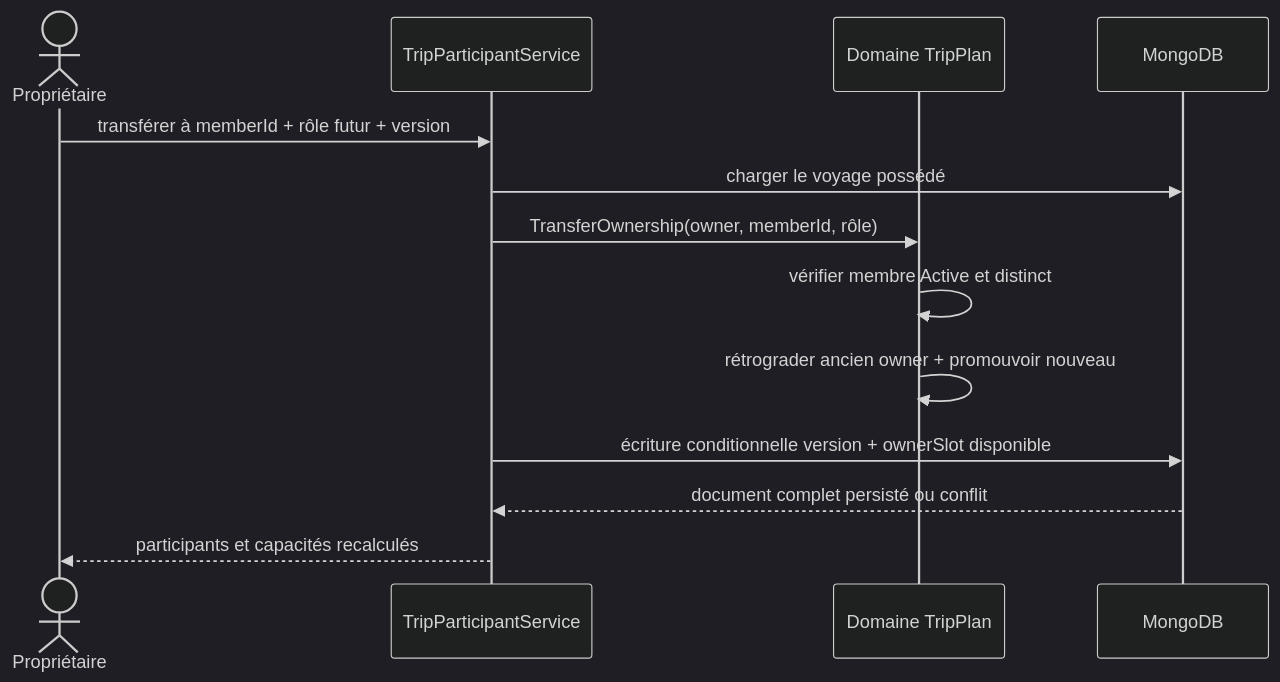
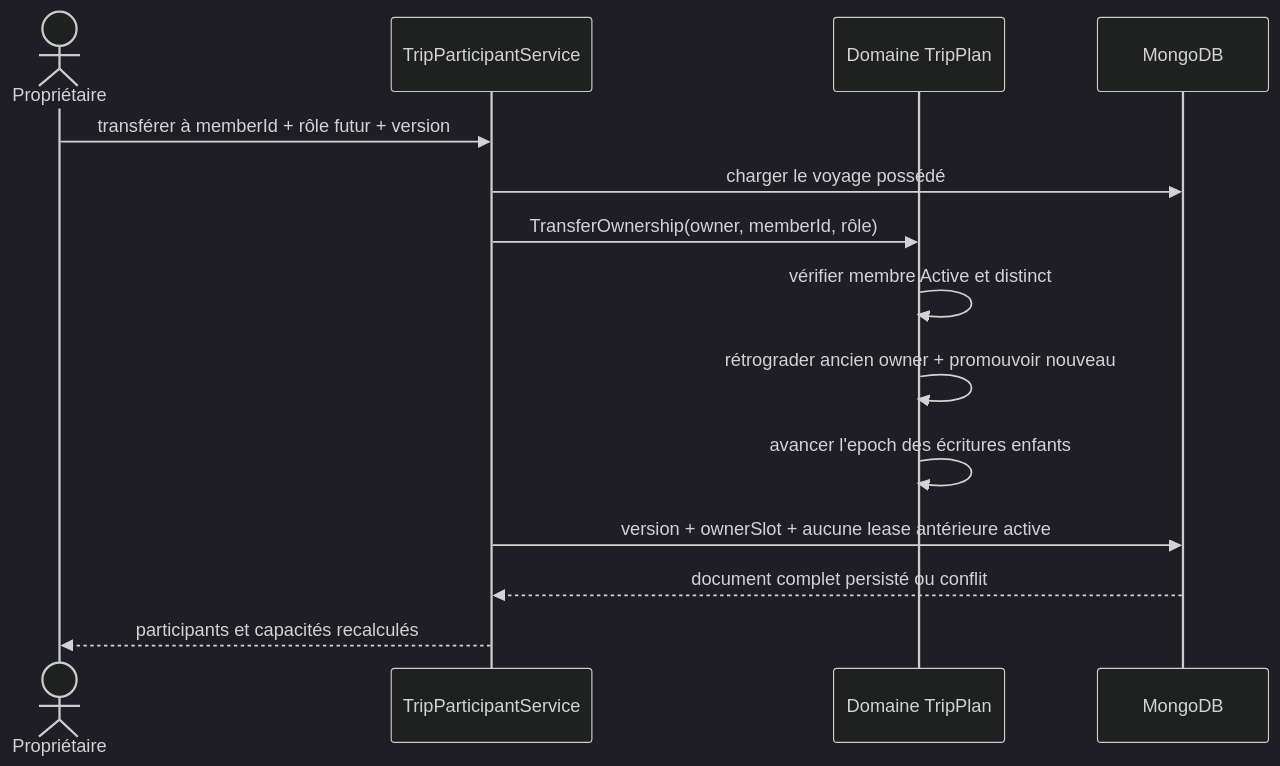
One commit to Ced59/AmusementParkProject changed the third of 3 diagrams in docs/architecture/product-growth-trip-06-participants-roles-2026-09-18.md. Above: the diagram before and after it, drawn with Mermaid (dark theme). The commit also changed other lines of this file and 6 other files, not shown here.

````diff
--- a/docs/architecture/product-growth-trip-06-participants-roles-2026-09-18.md
+++ b/docs/architecture/product-growth-trip-06-participants-roles-2026-09-18.md
@@ -221,16 +222,17 @@
 ```mermaid
 sequenceDiagram
     actor O as Propriétaire
     participant A as TripParticipantService
     participant D as Domaine TripPlan
     participant M as MongoDB
 
     O->>A: transférer à memberId + rôle futur + version
     A->>M: charger le voyage possédé
     A->>D: TransferOwnership(owner, memberId, rôle)
     D->>D: vérifier membre Active et distinct
     D->>D: rétrograder ancien owner + promouvoir nouveau
-    A->>M: écriture conditionnelle version + ownerSlot disponible
+    D->>D: avancer l'epoch des écritures enfants
+    A->>M: version + ownerSlot + aucune lease antérieure active
     M-->>A: document complet persisté ou conflit
     A-->>O: participants et capacités recalculés
 ```
````
